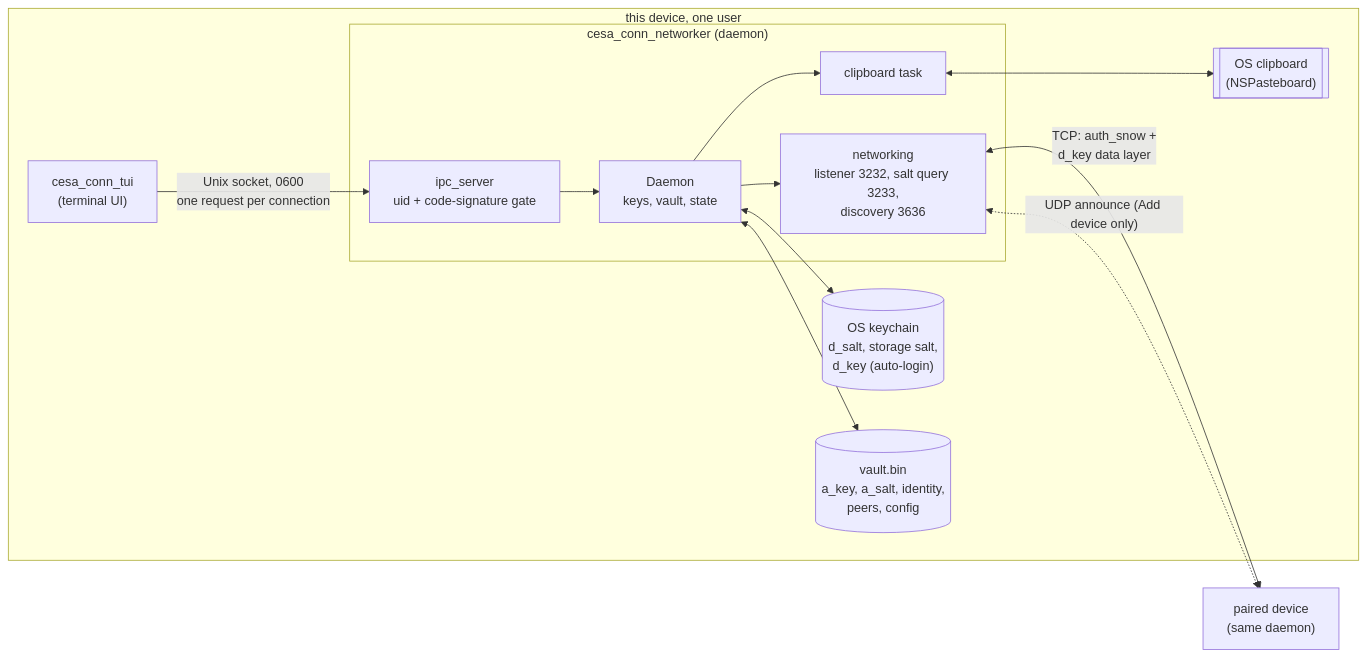
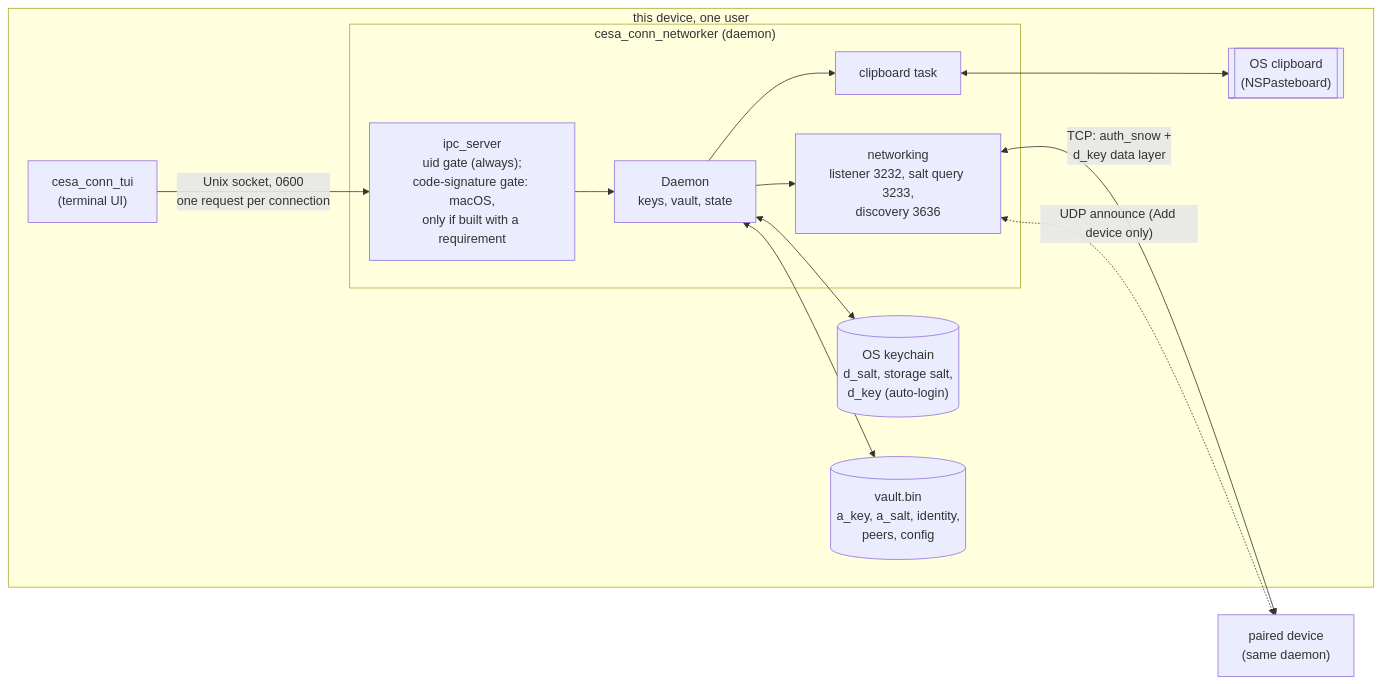
Before and after one commit to czarekkdev/cesaconn: the first of 3 diagrams in docs/diagrams/architecture.md, drawn with Mermaid. The commit also changed 10 other files, not shown here.

First line of the commit message:
docs(diagrams): match the code on the review points

````diff
--- a/docs/diagrams/architecture.md
+++ b/docs/diagrams/architecture.md
@@ -6,26 +6,26 @@
 ```mermaid
 flowchart LR
     subgraph user["this device, one user"]
         tui["cesa_conn_tui<br/>(terminal UI)"]
         subgraph daemon["cesa_conn_networker (daemon)"]
-            ipc["ipc_server<br/>uid + code-signature gate"]
+            ipc["ipc_server<br/>uid gate (always);<br/>code-signature gate: macOS,<br/>only if built with a requirement"]
             core["Daemon<br/>keys, vault, state"]
             net["networking<br/>listener 3232, salt query 3233,<br/>discovery 3636"]
             clip["clipboard task"]
         end
         os_kc[("OS keychain<br/>d_salt, storage salt,<br/>d_key (auto-login)")]
         vault[("vault.bin<br/>a_key, a_salt, identity,<br/>peers, config")]
         pb[["OS clipboard<br/>(NSPasteboard)"]]
     end
     peer["paired device<br/>(same daemon)"]
 
     tui -- "Unix socket, 0600<br/>one request per connection" --> ipc
     ipc --> core
     core --> net
     core --> clip
     core <--> os_kc
     core <--> vault
     clip <--> pb
     net <-- "TCP: auth_snow +<br/>d_key data layer" --> peer
     net <-. "UDP announce (Add device only)" .-> peer
 ```
````
